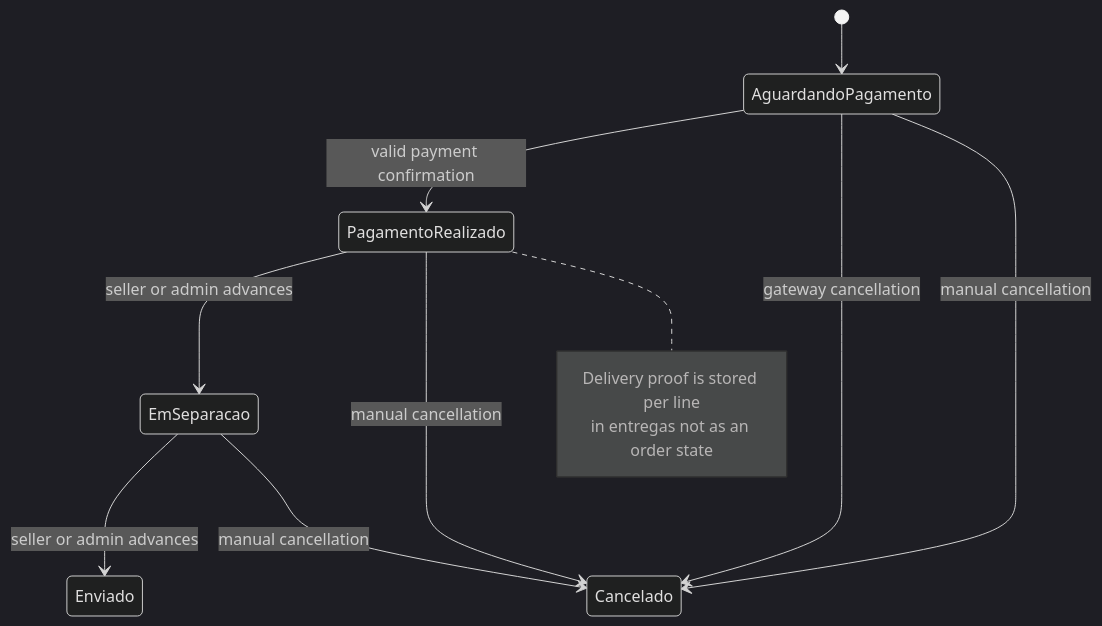
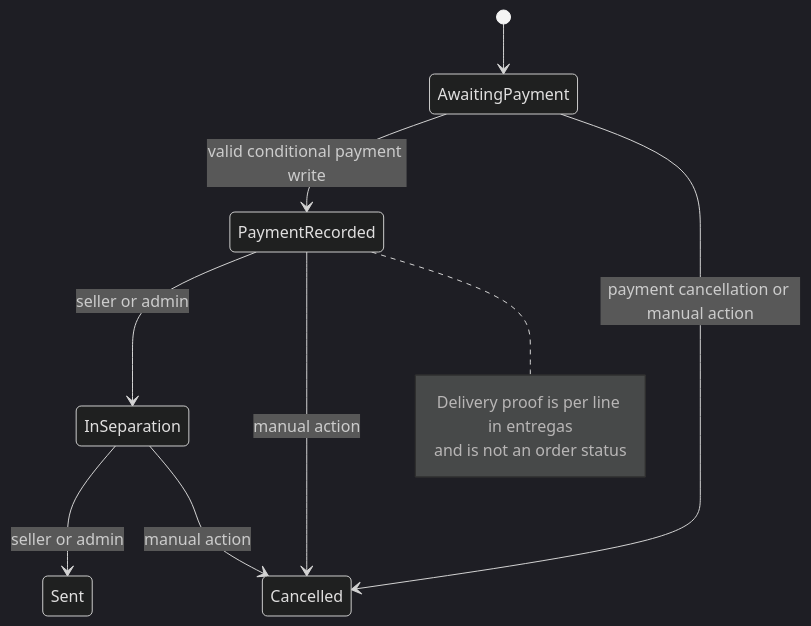
The second of 2 diagrams in openwiki/workflows/checkout-payment-and-order-lifecycle.md (Schneider-Gr/industria24hIA), drawn with Mermaid (dark theme) before and after one commit. The commit also changed other lines of this file and 28 other files, not shown here.

````diff
--- a/openwiki/workflows/checkout-payment-and-order-lifecycle.md
+++ b/openwiki/workflows/checkout-payment-and-order-lifecycle.md
@@ -141,15 +149,14 @@
 ```mermaid
 stateDiagram-v2
-    [*] --> AguardandoPagamento
-    AguardandoPagamento --> PagamentoRealizado: valid payment confirmation
-    PagamentoRealizado --> EmSeparacao: seller or admin advances
-    EmSeparacao --> Enviado: seller or admin advances
-    AguardandoPagamento --> Cancelado: gateway cancellation
-    AguardandoPagamento --> Cancelado: manual cancellation
-    PagamentoRealizado --> Cancelado: manual cancellation
-    EmSeparacao --> Cancelado: manual cancellation
-    note right of PagamentoRealizado
-      Delivery proof is stored per line
-      in entregas not as an order state
+    [*] --> AwaitingPayment
+    AwaitingPayment --> PaymentRecorded: valid conditional payment write
+    PaymentRecorded --> InSeparation: seller or admin
+    InSeparation --> Sent: seller or admin
+    AwaitingPayment --> Cancelled: payment cancellation or manual action
+    PaymentRecorded --> Cancelled: manual action
+    InSeparation --> Cancelled: manual action
+    note right of PaymentRecorded
+      Delivery proof is per line in entregas
+      and is not an order status
     end note
 ```
````
